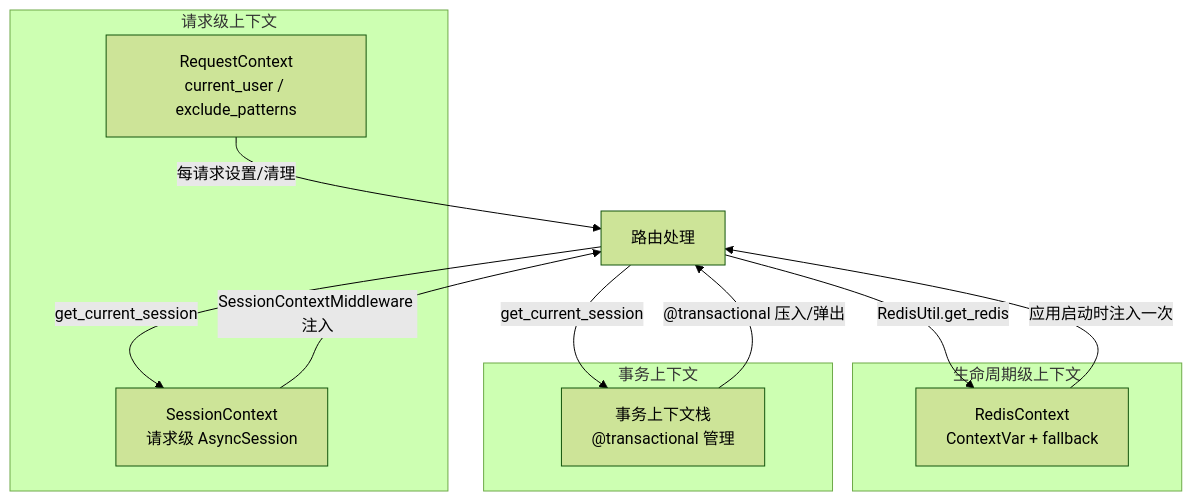
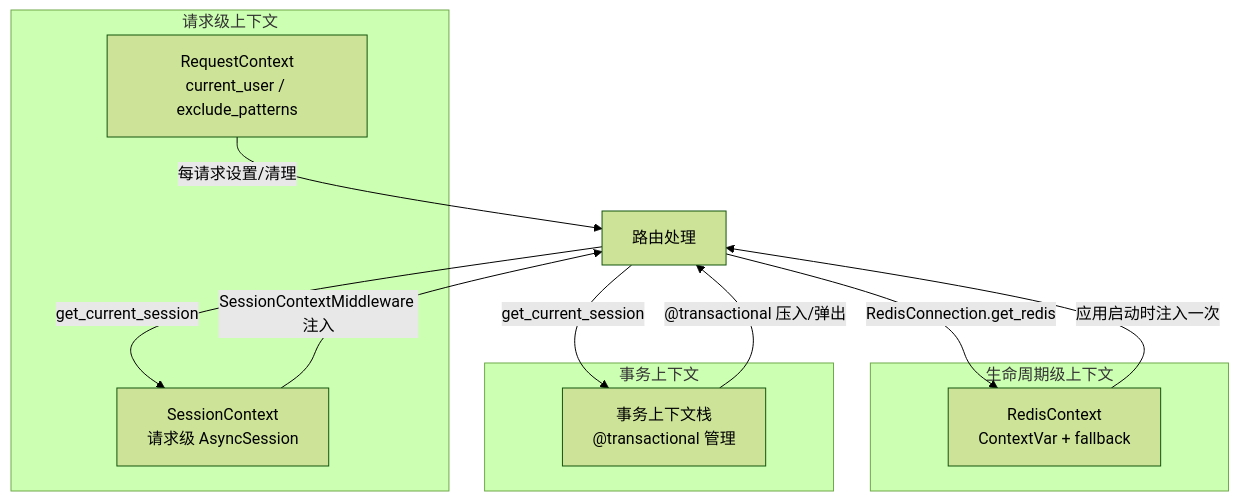
The first of 6 diagrams in docs/infrastructure/Redis与数据库基础设施.md (jiangwch03/knowledge), drawn with Mermaid (forest theme) before and after one commit. The commit also changed other lines of this file and 2 other files, not shown here.

````diff
--- a/docs/infrastructure/Redis与数据库基础设施.md
+++ b/docs/infrastructure/Redis与数据库基础设施.md
@@ -7,24 +7,24 @@
 ```mermaid
 graph TB
     subgraph 请求级上下文
         ReqCtx["RequestContext<br/>current_user / exclude_patterns"]
         SessCtx["SessionContext<br/>请求级 AsyncSession"]
     end
 
     subgraph 生命周期级上下文
         RedisCtx["RedisContext<br/>ContextVar + fallback"]
     end
 
     subgraph 事务上下文
         TxStack["事务上下文栈<br/>@transactional 管理"]
     end
 
     ReqCtx -->|"每请求设置/清理"| Handler["路由处理"]
     SessCtx -->|"SessionContextMiddleware 注入"| Handler
     RedisCtx -->|"应用启动时注入一次"| Handler
     TxStack -->|"@transactional 压入/弹出"| Handler
 
     Handler -->|"get_current_session"| SessCtx
     Handler -->|"get_current_session"| TxStack
-    Handler -->|"RedisUtil.get_redis"| RedisCtx
+    Handler -->|"RedisConnection.get_redis"| RedisCtx
 ```
````
